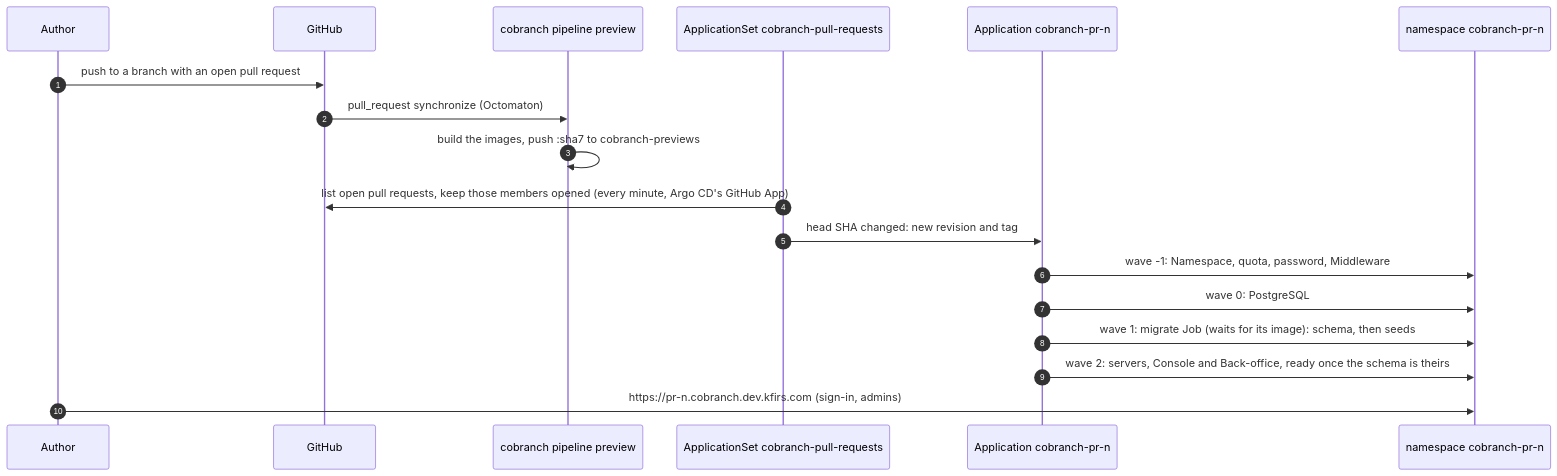
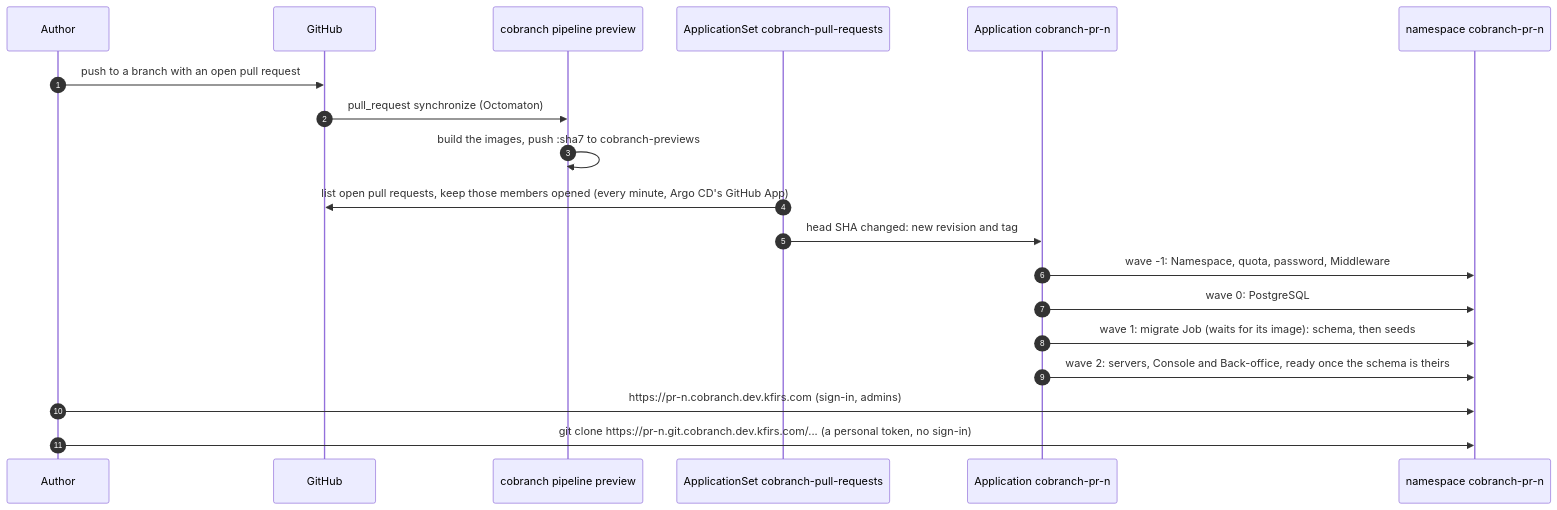
One commit to arikkfir-org/delivery changed the second of 4 diagrams in docs/delivery/designs/cobranch-previews.md. Above: the diagram before and after it, drawn with Mermaid. The commit also changed other lines of this file and 16 other files, not shown here.

First line of the commit message:
feat(cobranch): serve the demo's and the previews' Git servers publicly

````diff
--- a/docs/delivery/designs/cobranch-previews.md
+++ b/docs/delivery/designs/cobranch-previews.md
@@ -37,20 +39,21 @@
 ```mermaid
 sequenceDiagram
   autonumber
   participant Dev as Author
   participant GH as GitHub
   participant P as cobranch pipeline preview
   participant AS as ApplicationSet cobranch-pull-requests
   participant A as Application cobranch-pr-n
   participant K as namespace cobranch-pr-n
   Dev->>GH: push to a branch with an open pull request
   GH->>P: pull_request synchronize (Octomaton)
   P->>P: build the images, push :sha7 to cobranch-previews
   AS->>GH: list open pull requests, keep those members opened (every minute, Argo CD's GitHub App)
   AS->>A: head SHA changed: new revision and tag
   A->>K: wave -1: Namespace, quota, password, Middleware
   A->>K: wave 0: PostgreSQL
   A->>K: wave 1: migrate Job (waits for its image): schema, then seeds
   A->>K: wave 2: servers, Console and Back-office, ready once the schema is theirs
   Dev->>K: https://pr-n.cobranch.dev.kfirs.com (sign-in, admins)
+  Dev->>K: git clone https://pr-n.git.cobranch.dev.kfirs.com/... (a personal token, no sign-in)
 ```
````
